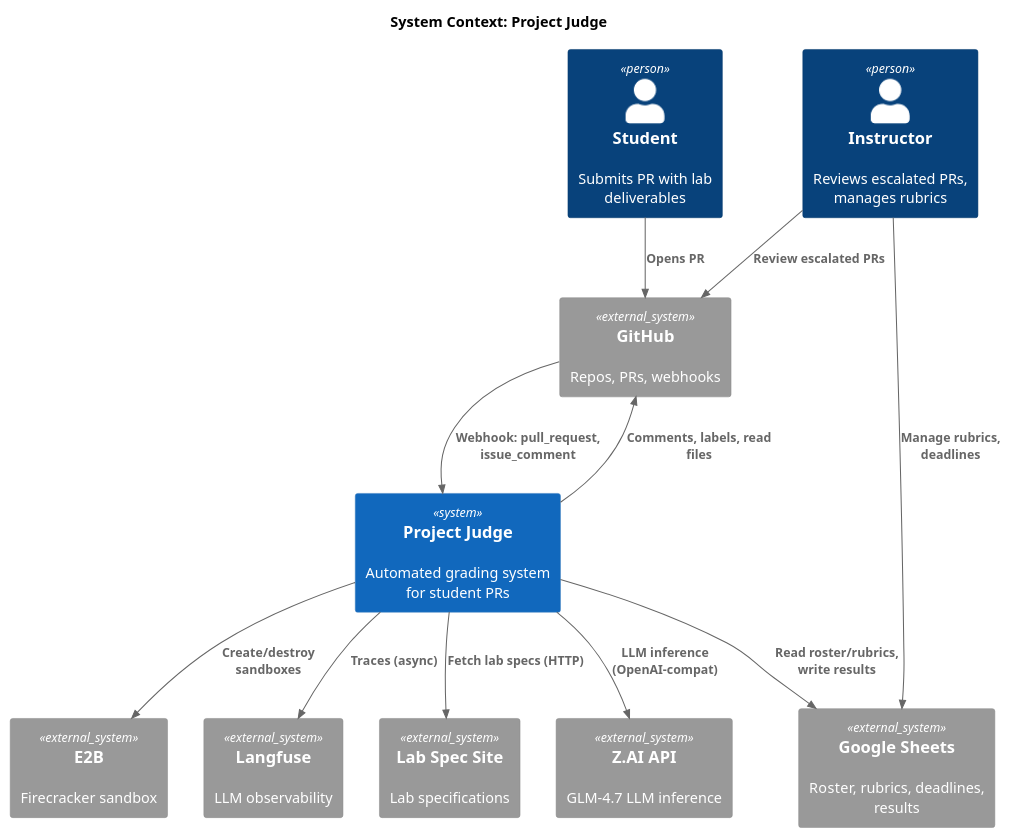
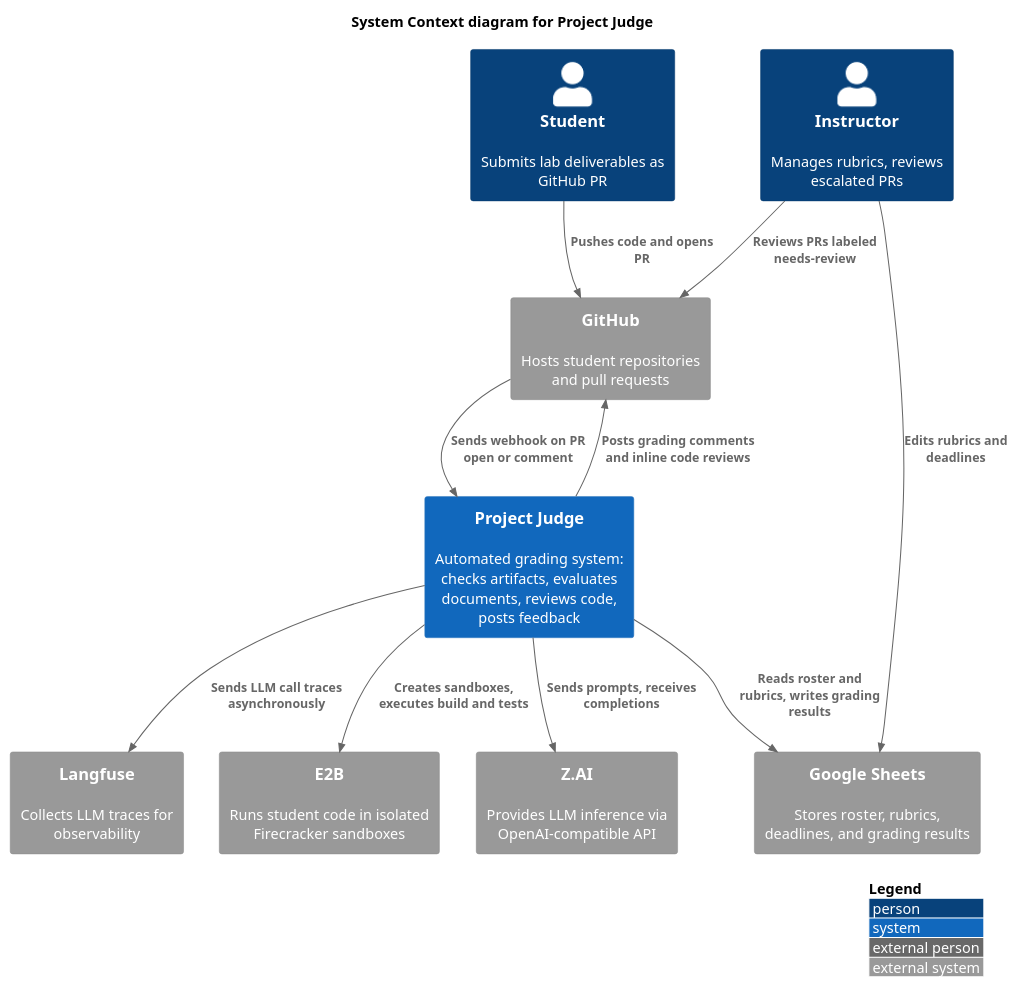
One commit to ChS23/project-judge changed the diagram in docs/diagrams/c4-context.puml. Above: the diagram before and after it, drawn with PlantUML. The commit also changed 5 other files, not shown here.

First line of the commit message:
docs: rewrite C4 diagrams to follow official standards

```diff
--- a/docs/diagrams/c4-context.puml
+++ b/docs/diagrams/c4-context.puml
@@ -1,29 +1,29 @@
 @startuml c4-context
 !include https://raw.githubusercontent.com/plantuml-stdlib/C4-PlantUML/master/C4_Context.puml
 
-title System Context: Project Judge
+LAYOUT_WITH_LEGEND()
 
-Person(student, "Student", "Submits PR with lab deliverables")
-Person(instructor, "Instructor", "Reviews escalated PRs, manages rubrics")
+title System Context diagram for Project Judge
 
-System(judge, "Project Judge", "Automated grading system for student PRs")
+Person(student, "Student", "Submits lab deliverables as GitHub PR")
+Person(instructor, "Instructor", "Manages rubrics, reviews escalated PRs")
 
-System_Ext(github, "GitHub", "Repos, PRs, webhooks")
-System_Ext(zai, "Z.AI API", "GLM-4.7 LLM inference")
-System_Ext(e2b, "E2B", "Firecracker sandbox")
-System_Ext(sheets, "Google Sheets", "Roster, rubrics, deadlines, results")
-System_Ext(langfuse, "Langfuse", "LLM observability")
-System_Ext(spec_site, "Lab Spec Site", "Lab specifications")
+System(judge, "Project Judge", "Automated grading system: checks artifacts, evaluates documents, reviews code, posts feedback")
 
-Rel(student, github, "Opens PR")
-Rel(github, judge, "Webhook: pull_request, issue_comment")
-Rel(judge, github, "Comments, labels, read files")
-Rel(judge, zai, "LLM inference (OpenAI-compat)")
-Rel(judge, e2b, "Create/destroy sandboxes")
-Rel(judge, sheets, "Read roster/rubrics, write results")
-Rel(judge, langfuse, "Traces (async)")
-Rel(judge, spec_site, "Fetch lab specs (HTTP)")
-Rel(instructor, sheets, "Manage rubrics, deadlines")
-Rel(instructor, github, "Review escalated PRs")
+System_Ext(github, "GitHub", "Hosts student repositories and pull requests")
+System_Ext(zai, "Z.AI", "Provides LLM inference via OpenAI-compatible API")
+System_Ext(e2b, "E2B", "Runs student code in isolated Firecracker sandboxes")
+System_Ext(sheets, "Google Sheets", "Stores roster, rubrics, deadlines, and grading results")
+System_Ext(langfuse, "Langfuse", "Collects LLM traces for observability")
+
+Rel(student, github, "Pushes code and opens PR")
+Rel(github, judge, "Sends webhook on PR open or comment")
+Rel(judge, github, "Posts grading comments and inline code reviews")
+Rel(judge, zai, "Sends prompts, receives completions")
+Rel(judge, e2b, "Creates sandboxes, executes build and tests")
+Rel(judge, sheets, "Reads roster and rubrics, writes grading results")
+Rel(judge, langfuse, "Sends LLM call traces asynchronously")
+Rel(instructor, sheets, "Edits rubrics and deadlines")
+Rel(instructor, github, "Reviews PRs labeled needs-review")
 
 @enduml
```
